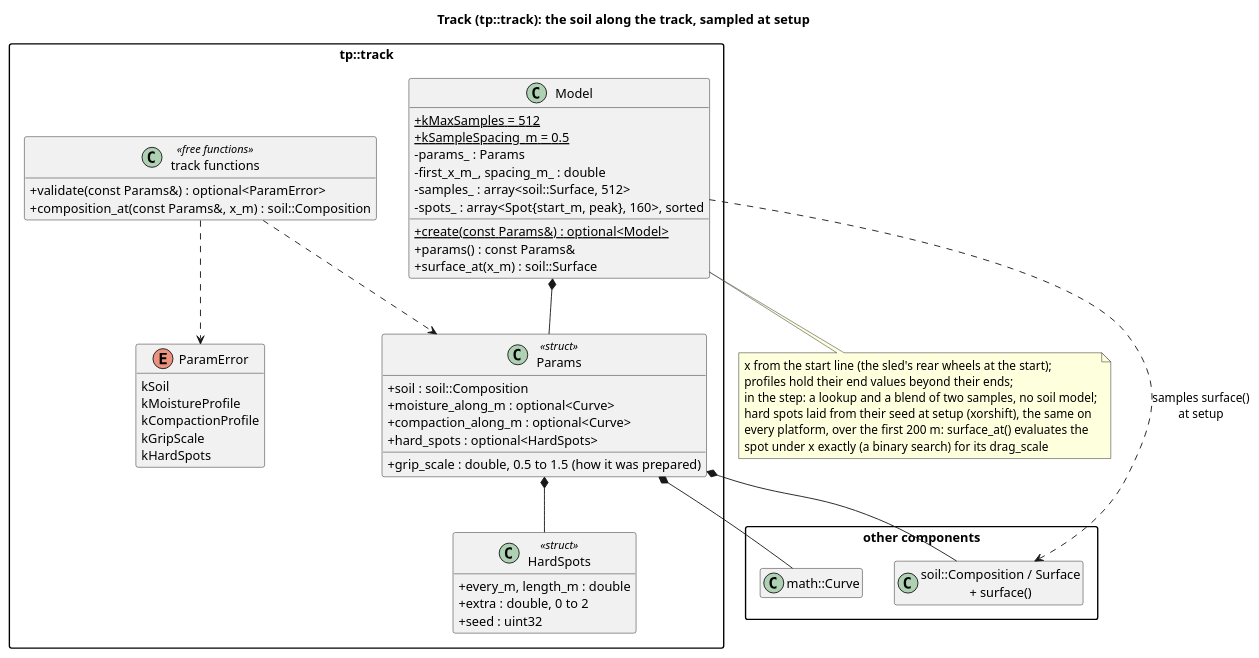
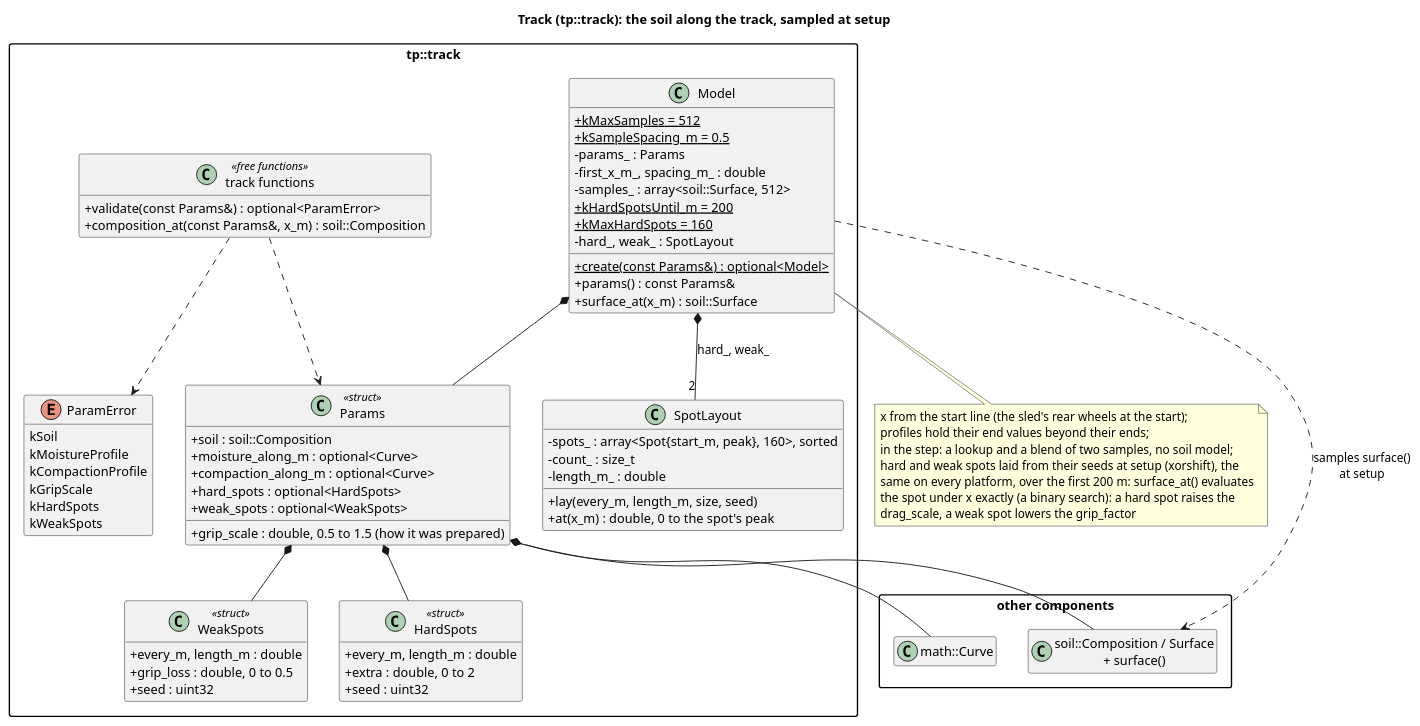
One commit to wversteeg/TractorPulling changed the diagram in docs/diagrams/track_classes.puml. Above: the diagram before and after it, drawn with PlantUML. The commit also changed 15 other files, not shown here.

First line of the commit message:
Add weak spots and make the hard spots milder and rarer

```diff
--- a/docs/diagrams/track_classes.puml
+++ b/docs/diagrams/track_classes.puml
@@ -1,63 +1,82 @@
 @startuml track_classes
 title Track (tp::track): the soil along the track, sampled at setup
 hide empty members
 skinparam packageStyle rectangle
 skinparam classAttributeIconSize 0
 
 package "other components" {
   class "soil::Composition / Surface\n+ surface()" as Soil
   class "math::Curve" as Curve
 }
 
 package "tp::track" {
   class Params <<struct>> {
     +soil : soil::Composition
     +moisture_along_m : optional<Curve>
     +compaction_along_m : optional<Curve>
     +grip_scale : double, 0.5 to 1.5 (how it was prepared)
     +hard_spots : optional<HardSpots>
+    +weak_spots : optional<WeakSpots>
   }
   class HardSpots <<struct>> {
     +every_m, length_m : double
     +extra : double, 0 to 2
     +seed : uint32
+  }
+  class WeakSpots <<struct>> {
+    +every_m, length_m : double
+    +grip_loss : double, 0 to 0.5
+    +seed : uint32
+  }
+  class SpotLayout {
+    -spots_ : array<Spot{start_m, peak}, 160>, sorted
+    -count_ : size_t
+    -length_m_ : double
+    +lay(every_m, length_m, size, seed)
+    +at(x_m) : double, 0 to the spot's peak
   }
   class Model {
     +{static} kMaxSamples = 512
     +{static} kSampleSpacing_m = 0.5
     -params_ : Params
     -first_x_m_, spacing_m_ : double
     -samples_ : array<soil::Surface, 512>
-    -spots_ : array<Spot{start_m, peak}, 160>, sorted
+    +{static} kHardSpotsUntil_m = 200
+    +{static} kMaxHardSpots = 160
+    -hard_, weak_ : SpotLayout
     +{static} create(const Params&) : optional<Model>
     +params() : const Params&
     +surface_at(x_m) : soil::Surface
   }
   enum ParamError {
     kSoil
     kMoistureProfile
     kCompactionProfile
     kGripScale
     kHardSpots
+    kWeakSpots
   }
   class "track functions" as TrackFns <<free functions>> {
     +validate(const Params&) : optional<ParamError>
     +composition_at(const Params&, x_m) : soil::Composition
   }
   Model *-- Params
   Params *-- HardSpots
+  Params *-- WeakSpots
+  Model *-- "2" SpotLayout : hard_, weak_
   TrackFns ..> Params
   TrackFns ..> ParamError
 }
 Params *-- Curve
 Params *-- Soil
 Model ..> Soil : samples surface()\nat setup
 note bottom of Model
   x from the start line (the sled's rear wheels at the start);
   profiles hold their end values beyond their ends;
   in the step: a lookup and a blend of two samples, no soil model;
-  hard spots laid from their seed at setup (xorshift), the same on
-  every platform, over the first 200 m: surface_at() evaluates the
-  spot under x exactly (a binary search) for its drag_scale
+  hard and weak spots laid from their seeds at setup (xorshift), the
+  same on every platform, over the first 200 m: surface_at() evaluates
+  the spot under x exactly (a binary search): a hard spot raises the
+  drag_scale, a weak spot lowers the grip_factor
 end note
 @enduml
```
